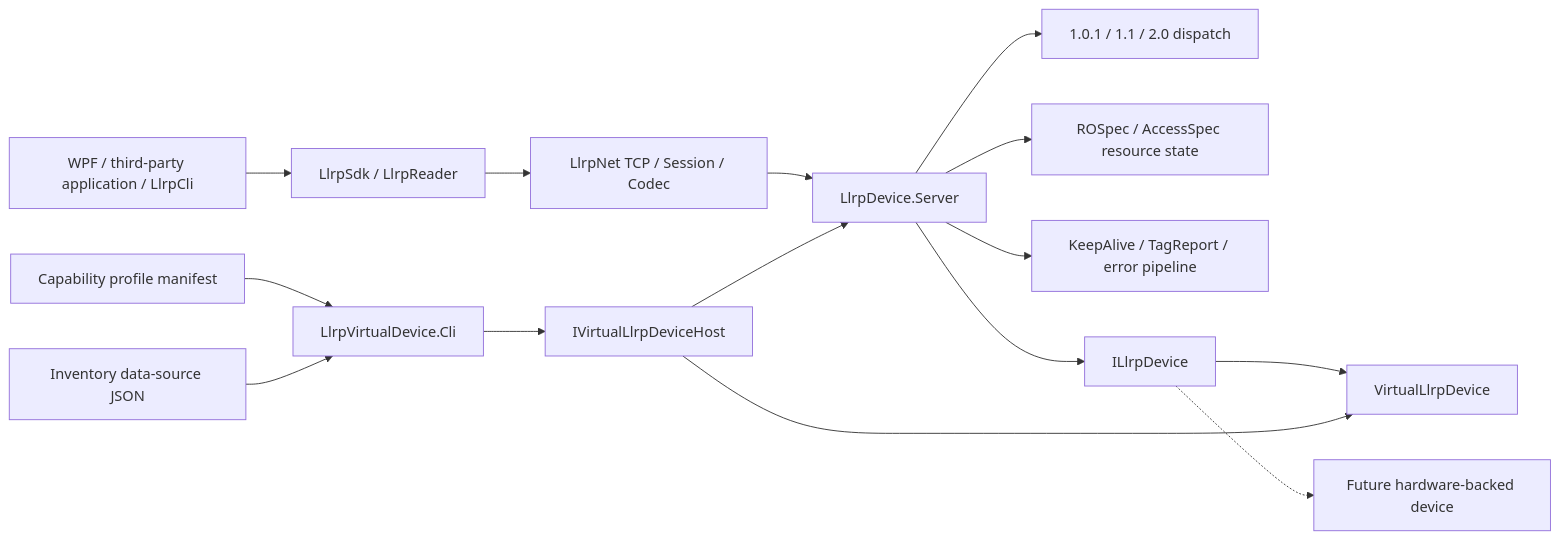
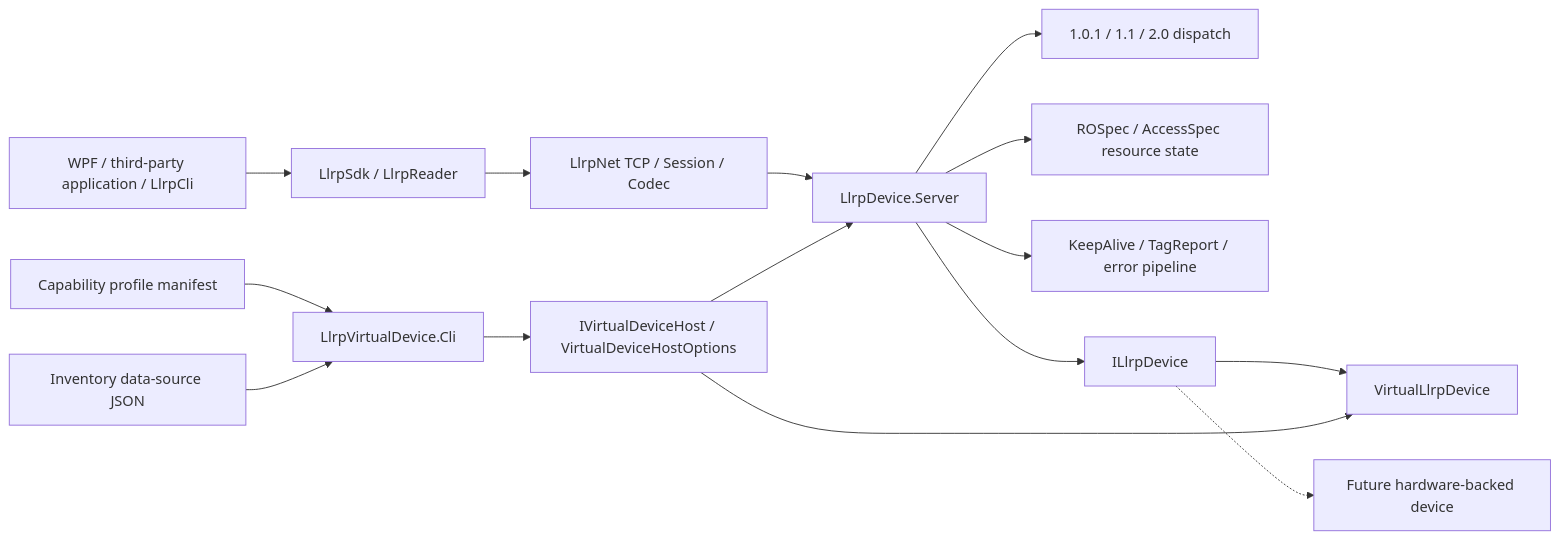
One commit to newton5555/LLRPCSharp changed the first of 2 diagrams in docs/architecture/overview.md. Above: the diagram before and after it, drawn with Mermaid. The commit also changed other lines of this file and 29 other files, not shown here.

Commit message:
feat: add high-level virtual device hosting facade

````diff
--- a/docs/architecture/overview.md
+++ b/docs/architecture/overview.md
@@ -32,17 +32,17 @@
 ```mermaid
 flowchart LR
     Client["WPF / third-party application / LlrpCli"] --> SDK["LlrpSdk / LlrpReader"]
     SDK --> Net["LlrpNet TCP / Session / Codec"]
     Net --> Server["LlrpDevice.Server"]
     Server --> Protocol["1.0.1 / 1.1 / 2.0 dispatch"]
     Server --> Resources["ROSpec / AccessSpec resource state"]
     Server --> Reports["KeepAlive / TagReport / error pipeline"]
     Server --> Contract["ILlrpDevice"]
     Contract --> Virtual["VirtualLlrpDevice"]
     Contract -.-> Physical["Future hardware-backed device"]
-    Host["IVirtualLlrpDeviceHost"] --> Server
+    Host["IVirtualDeviceHost / VirtualDeviceHostOptions"] --> Server
     Host --> Virtual
     DeviceCli["LlrpVirtualDevice.Cli"] --> Host
     Caps["Capability profile manifest"] --> DeviceCli
     Data["Inventory data-source JSON"] --> DeviceCli
 ```
````
